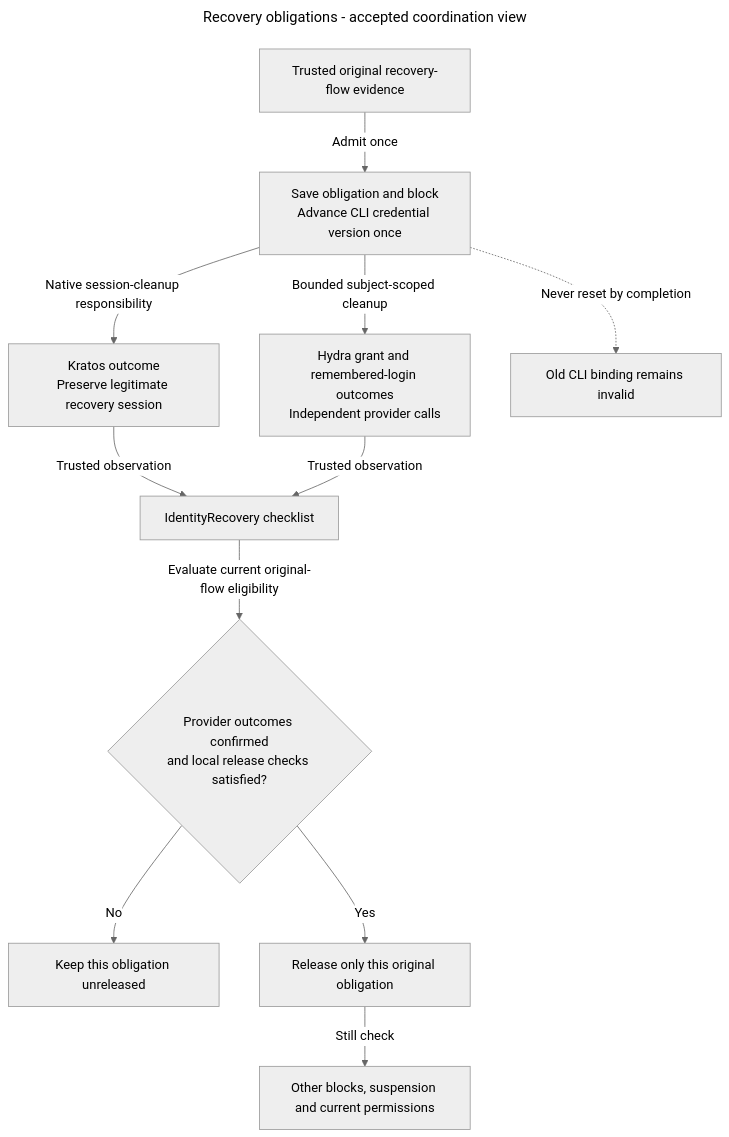
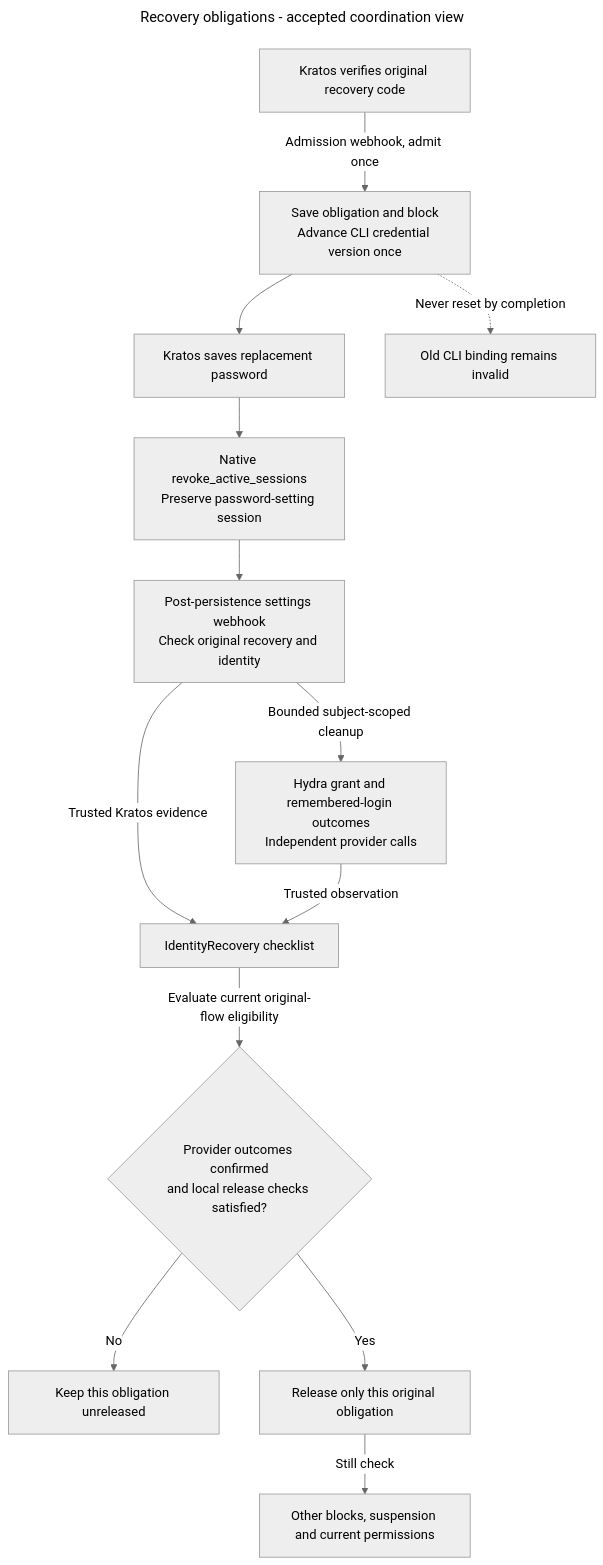
Before and after one commit to matejpalenik/inframeld: the diagram in .agents/skills/inframeld-access-models/references/recovery-completion.md, drawn with Mermaid (neutral theme). The commit also changed other lines of this file and 27 other files, not shown here.

````diff
--- a/.agents/skills/inframeld-access-models/references/recovery-completion.md
+++ b/.agents/skills/inframeld-access-models/references/recovery-completion.md
@@ -15,16 +15,18 @@
 ```mermaid
 ---
 title: "Recovery obligations - accepted coordination view"
 ---
 flowchart TB
-    Evidence["Trusted original recovery-flow evidence"] -->|"Admit once"| Admission["Save obligation and block<br/>Advance CLI credential version once"]
-    Admission -->|"Native session-cleanup responsibility"| Kratos["Kratos outcome<br/>Preserve legitimate recovery session"]
-    Admission -->|"Bounded subject-scoped cleanup"| Hydra["Hydra grant and remembered-login outcomes<br/>Independent provider calls"]
-    Kratos -->|"Trusted observation"| Checklist["IdentityRecovery checklist"]
+    Evidence["Kratos verifies original recovery code"] -->|"Admission webhook, admit once"| Admission["Save obligation and block<br/>Advance CLI credential version once"]
+    Admission --> Password["Kratos saves replacement password"]
+    Password --> Kratos["Native revoke_active_sessions<br/>Preserve password-setting session"]
+    Kratos --> NativeEvidence["Post-persistence settings webhook<br/>Check original recovery and identity"]
+    NativeEvidence -->|"Bounded subject-scoped cleanup"| Hydra["Hydra grant and remembered-login outcomes<br/>Independent provider calls"]
+    NativeEvidence -->|"Trusted Kratos evidence"| Checklist["IdentityRecovery checklist"]
     Hydra -->|"Trusted observation"| Checklist
     Checklist -->|"Evaluate current original-flow eligibility"| Eligible{"Provider outcomes confirmed<br/>and local release checks satisfied?"}
     Eligible -->|"No"| Blocked["Keep this obligation unreleased"]
     Eligible -->|"Yes"| Release["Release only this original obligation"]
     Release -->|"Still check"| Other["Other blocks, suspension and current permissions"]
     Admission -.->|"Never reset by completion"| Version["Old CLI binding remains invalid"]
 ```
````
